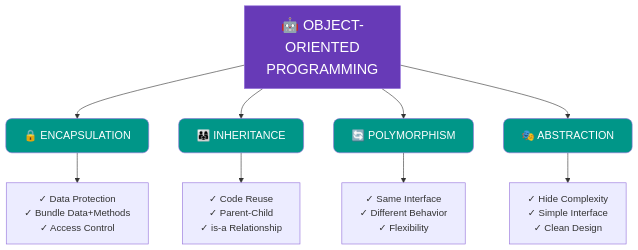
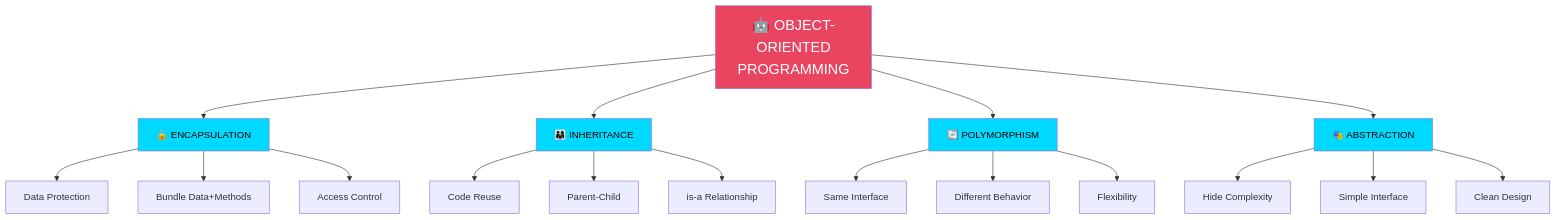
The eighth of 22 diagrams in README.md (Lagmouchyoussef/Python-Practical-Works), drawn with Mermaid before and after one commit. The commit also changed other lines of this file, not shown here.

````diff
--- a/README.md
+++ b/README.md
@@ -228,22 +310,36 @@
 ```mermaid
 flowchart TB
-    OOP[🤖 OBJECT-ORIENTED<br/>PROGRAMMING]:::title
+    OOP[🤖 OBJECT-ORIENTED<br/>PROGRAMMING]:::mainTitle
     
     P1[🔒 ENCAPSULATION]:::pillar
     P2[👨‍👩‍👧 INHERITANCE]:::pillar
     P3[🔄 POLYMORPHISM]:::pillar
     P4[🎭 ABSTRACTION]:::pillar
     
     OOP --> P1
     OOP --> P2
     OOP --> P3
     OOP --> P4
     
-    P1 --> D1[✓ Data Protection<br/>✓ Bundle Data+Methods<br/>✓ Access Control]
-    P2 --> D2[✓ Code Reuse<br/>✓ Parent-Child<br/>✓ is-a Relationship]
-    P3 --> D3[✓ Same Interface<br/>✓ Different Behavior<br/>✓ Flexibility]
-    P4 --> D4[✓ Hide Complexity<br/>✓ Simple Interface<br/>✓ Clean Design]
+    P1 --> D1_1[Data Protection]:::detail
+    P1 --> D1_2[Bundle Data+Methods]:::detail
+    P1 --> D1_3[Access Control]:::detail
     
-    classDef title fill:#673ab7,color:#fff,font-size:24px
-    classDef pillar fill:#009688,color:#fff,font-size:18px,rx:10,ry:10
+    P2 --> D2_1[Code Reuse]:::detail
+    P2 --> D2_2[Parent-Child]:::detail
+    P2 --> D2_3[is-a Relationship]:::detail
+    
+    P3 --> D3_1[Same Interface]:::detail
+    P3 --> D3_2[Different Behavior]:::detail
+    P3 --> D3_3[Flexibility]:::detail
+    
+    P4 --> D4_1[Hide Complexity]:::detail
+    P4 --> D4_2[Simple Interface]:::detail
+    P4 --> D4_3[Clean Design]:::detail
+    
+    style OOP fill:#e94560,color:#fff,font-size:24px
+    style P1 fill:#00d9ff,color:#000,font-size:16px
+    style P2 fill:#00d9ff,color:#000,font-size:16px
+    style P3 fill:#00d9ff,color:#000,font-size:16px
+    style P4 fill:#00d9ff,color:#000,font-size:16px
 ```
````
